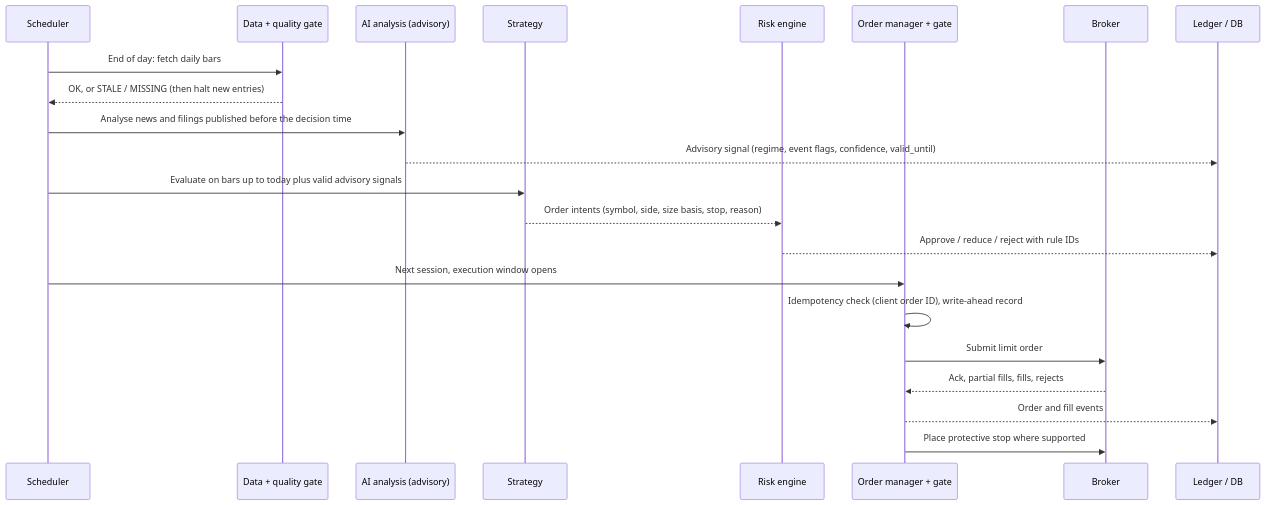
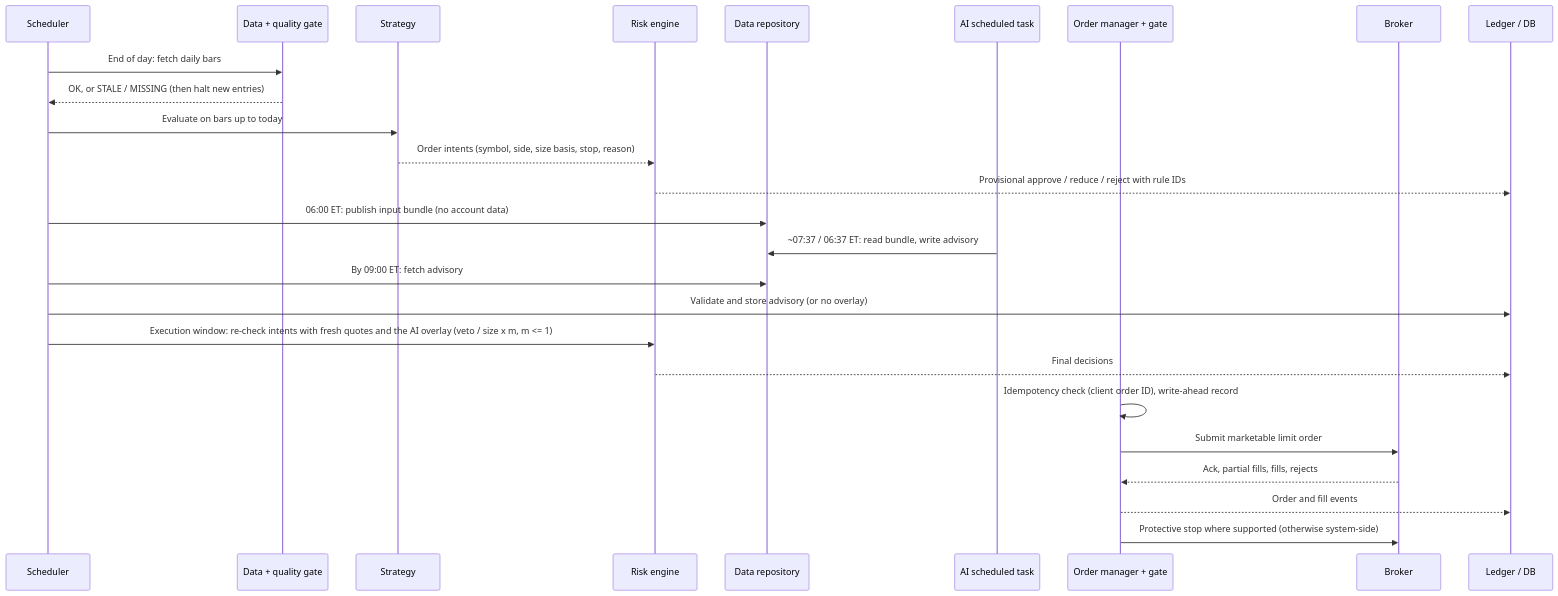
Before and after one commit to Kei-Takamizawa/AI-Trader: the fourth of 4 diagrams in docs/design/01-system-architecture.md, drawn with Mermaid. The commit also changed other lines of this file and 12 other files, not shown here.

````diff
--- a/docs/design/01-system-architecture.md
+++ b/docs/design/01-system-architecture.md
@@ -176,25 +182,29 @@
 ```mermaid
 sequenceDiagram
     participant S as Scheduler
     participant D as Data + quality gate
-    participant A as AI analysis (advisory)
     participant ST as Strategy
     participant R as Risk engine
+    participant G as Data repository
+    participant A as AI scheduled task
     participant O as Order manager + gate
     participant B as Broker
     participant L as Ledger / DB
 
     S->>D: End of day: fetch daily bars
     D-->>S: OK, or STALE / MISSING (then halt new entries)
-    S->>A: Analyse news and filings published before the decision time
-    A-->>L: Advisory signal (regime, event flags, confidence, valid_until)
-    S->>ST: Evaluate on bars up to today plus valid advisory signals
+    S->>ST: Evaluate on bars up to today
     ST-->>R: Order intents (symbol, side, size basis, stop, reason)
-    R-->>L: Approve / reduce / reject with rule IDs
-    S->>O: Next session, execution window opens
+    R-->>L: Provisional approve / reduce / reject with rule IDs
+    S->>G: 06:00 ET: publish input bundle (no account data)
+    A->>G: ~07:37 / 06:37 ET: read bundle, write advisory
+    S->>G: By 09:00 ET: fetch advisory
+    S->>L: Validate and store advisory (or no overlay)
+    S->>R: Execution window: re-check intents with fresh quotes and the AI overlay (veto / size x m, m <= 1)
+    R-->>L: Final decisions
     O->>O: Idempotency check (client order ID), write-ahead record
-    O->>B: Submit limit order
+    O->>B: Submit marketable limit order
     B-->>O: Ack, partial fills, fills, rejects
     O-->>L: Order and fill events
-    O->>B: Place protective stop where supported
+    O->>B: Protective stop where supported (otherwise system-side)
 ```
````
